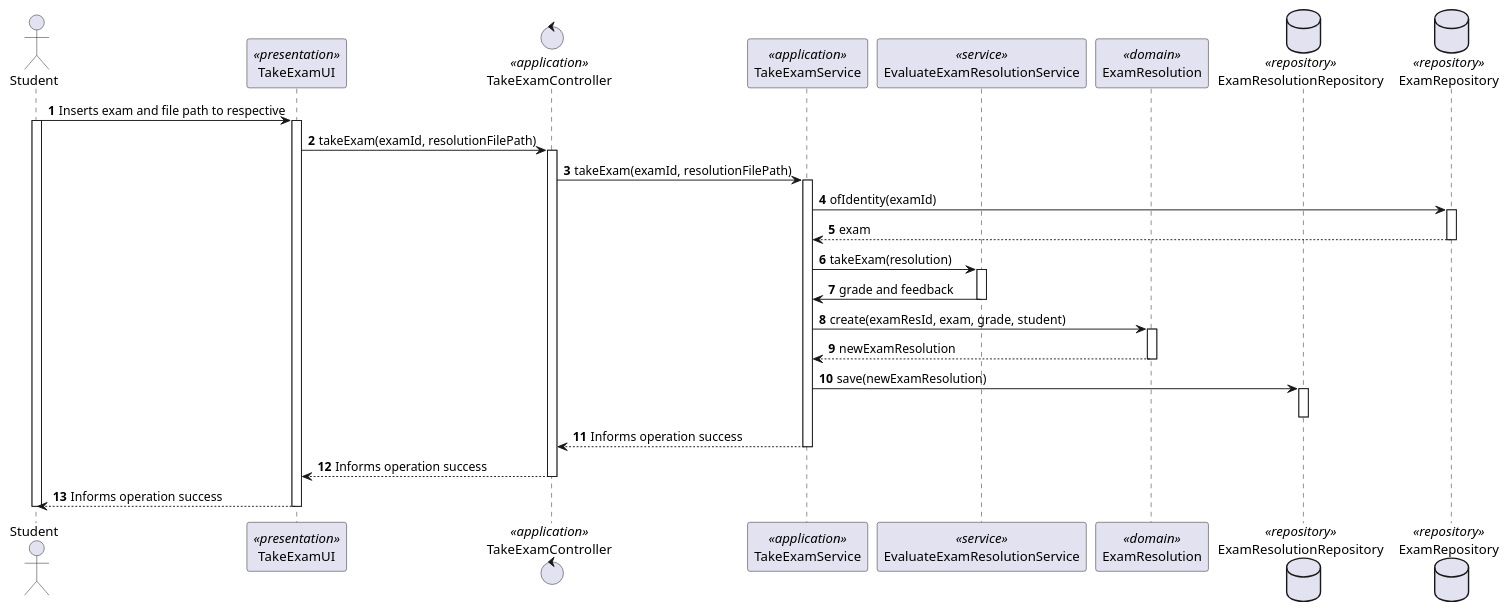
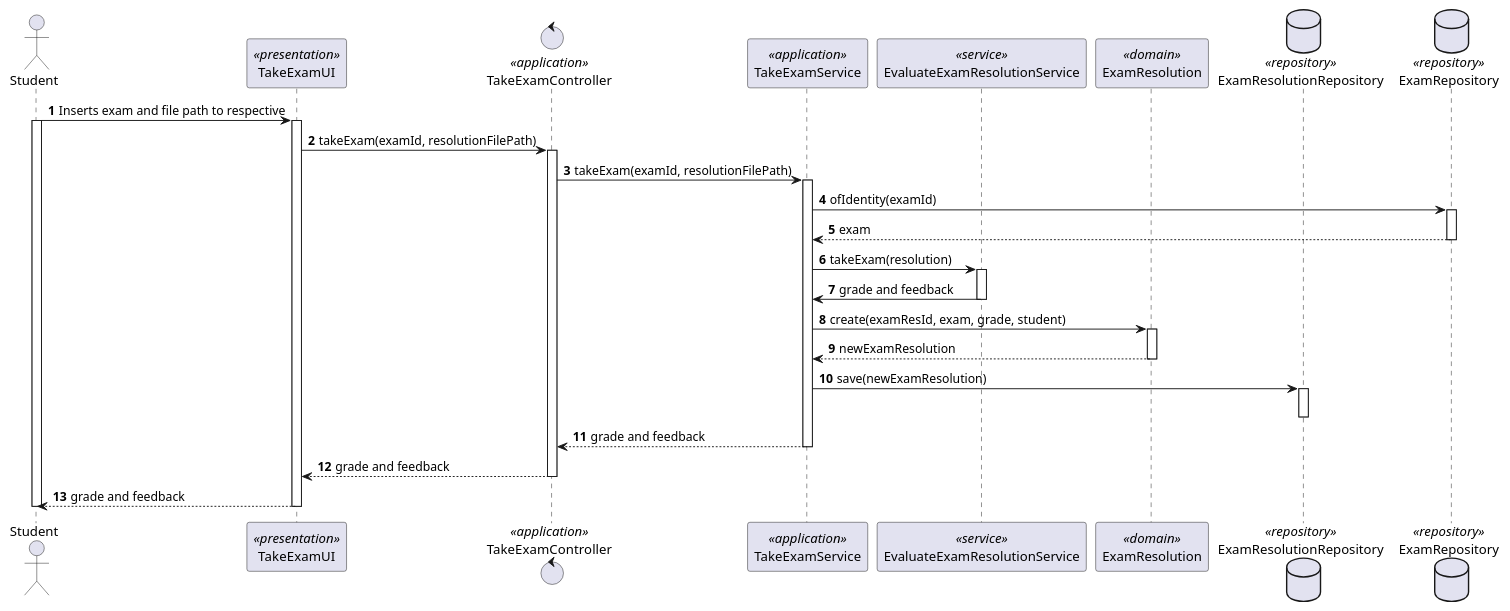
One commit to Marco-Nobrega-Andrade/sem4pi_22_23 changed the diagram in docs/Sprint_C/us_2004/US_2004_SD.puml. Above: the diagram before and after it, drawn with PlantUML. The commit also changed 2 other files, not shown here.

```diff
--- a/docs/Sprint_C/us_2004/US_2004_SD.puml
+++ b/docs/Sprint_C/us_2004/US_2004_SD.puml
@@ -1,46 +1,46 @@
 @startuml
 autonumber
 actor Student as ACTOR
 participant TakeExamUI as UI <<presentation>>
 control TakeExamController as CONTROLLER <<application>>
 participant TakeExamService as SERVICE <<application>>
 participant EvaluateExamResolutionService as DOM_SERVICE <<service>>
 participant ExamResolution as EX_RES <<domain>>
 database ExamResolutionRepository as EX_RES_REPO <<repository>>
 database ExamRepository as EX_REPO <<repository>>
 
 ACTOR -> UI: Inserts exam and file path to respective
 activate ACTOR
 activate UI
 UI -> CONTROLLER : takeExam(examId, resolutionFilePath)
 activate CONTROLLER
 CONTROLLER -> SERVICE : takeExam(examId, resolutionFilePath)
 activate SERVICE
 
 SERVICE -> EX_REPO : ofIdentity(examId)
 activate EX_REPO
 EX_REPO --> SERVICE : exam
 deactivate EX_REPO
 
 SERVICE -> DOM_SERVICE : takeExam(resolution)
 activate DOM_SERVICE
 DOM_SERVICE -> SERVICE : grade and feedback
 deactivate DOM_SERVICE
 
 SERVICE -> EX_RES : create(examResId, exam, grade, student)
 activate EX_RES
 EX_RES --> SERVICE : newExamResolution
 deactivate EX_RES
 
 SERVICE -> EX_RES_REPO : save(newExamResolution)
 activate EX_RES_REPO
 deactivate EX_RES_REPO
 
-SERVICE --> CONTROLLER : Informs operation success
+SERVICE --> CONTROLLER : grade and feedback
 deactivate SERVICE
-CONTROLLER --> UI : Informs operation success
+CONTROLLER --> UI : grade and feedback
 deactivate CONTROLLER
-UI --> ACTOR : Informs operation success
+UI --> ACTOR : grade and feedback
 deactivate UI
 deactivate ACTOR
 @enduml
```
